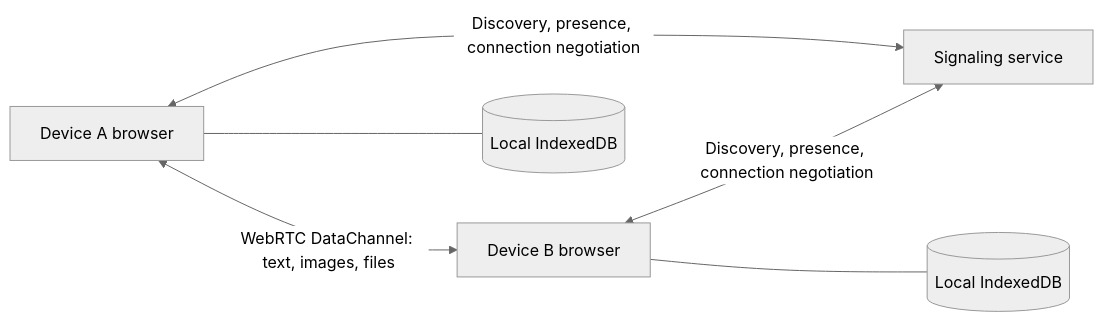
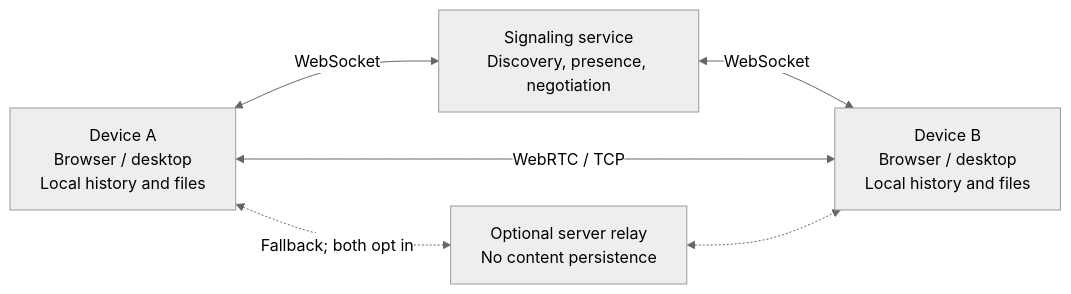
The diagram in README.md (kuangye-team/ky-im), drawn with Mermaid (neutral theme) before and after one commit. The commit also changed other lines of this file and 196 other files, not shown here.

````diff
--- a/README.md
+++ b/README.md
@@ -243,8 +27,10 @@
 ```mermaid
 flowchart LR
-    A[Device A browser] <-->|Discovery, presence, connection negotiation| S[Signaling service]
-    B[Device B browser] <-->|Discovery, presence, connection negotiation| S
-    A <-->|WebRTC DataChannel: text, images, files| B
-    A --- LA[(Local IndexedDB)]
-    B --- LB[(Local IndexedDB)]
+    A["Device A<br/>Browser / desktop<br/>Local history and files"]
+    B["Device B<br/>Browser / desktop<br/>Local history and files"]
+    A <-->|WebSocket| S["Signaling service<br/>Discovery, presence, negotiation"]
+    S <-->|WebSocket| B
+    A <-->|WebRTC / TCP| B
+    A <-.->|Fallback; both opt in| R["Optional server relay<br/>No content persistence"]
+    R <-.-> B
 ```
````
